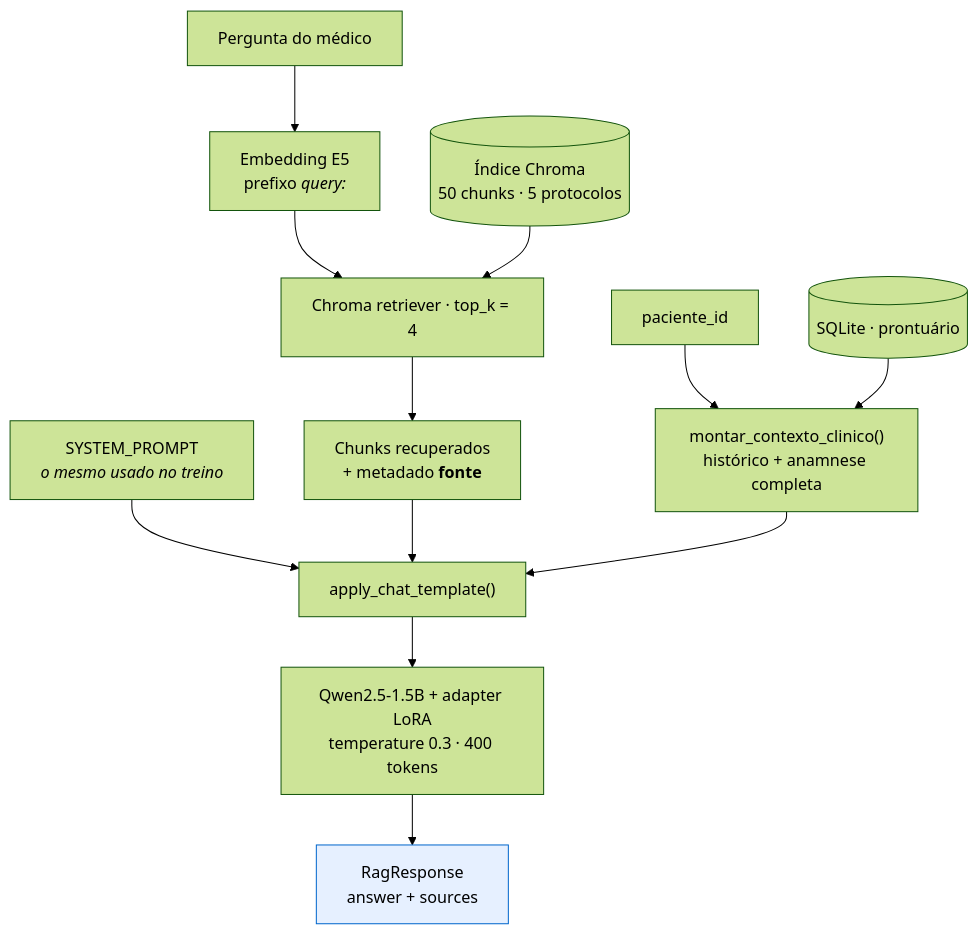
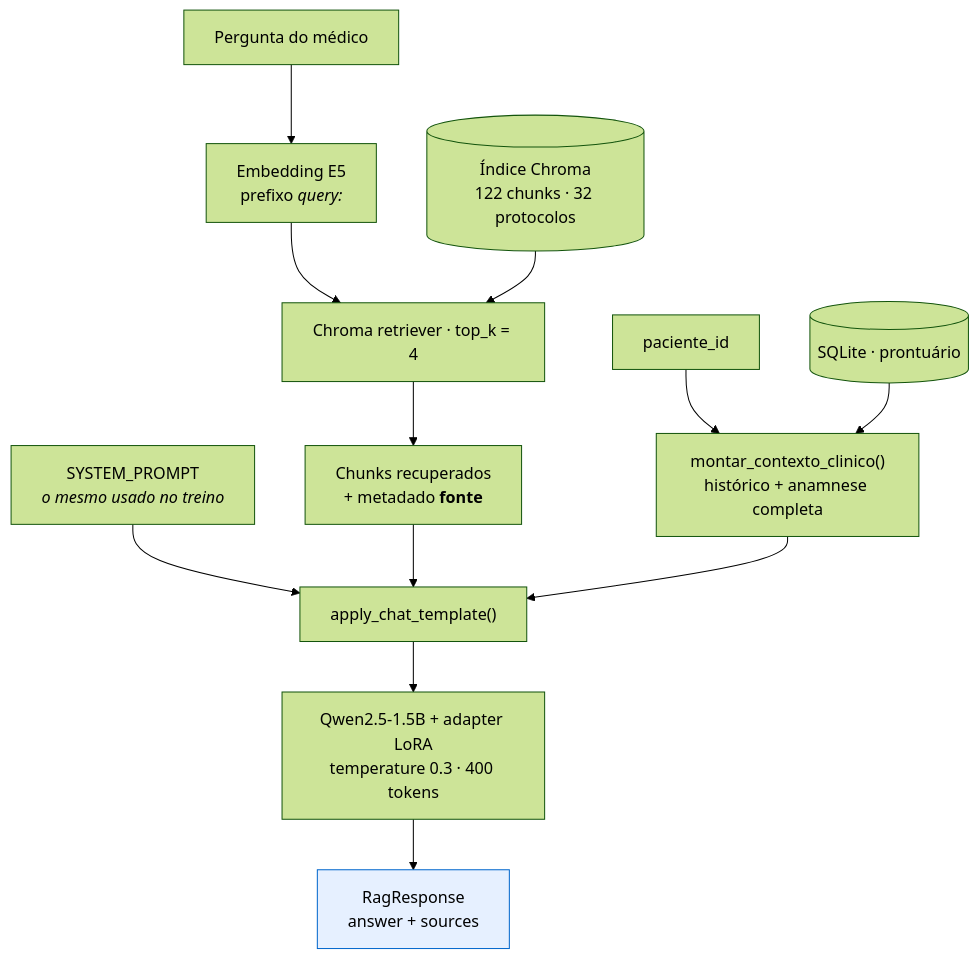
Before and after one commit to bschoola/AI-TechChallenge-Step3: the fourth of 5 diagrams in RELATORIO_TECNICO.md, drawn with Mermaid (forest theme). The commit also changed other lines of this file and 137 other files, not shown here.

````diff
--- a/RELATORIO_TECNICO.md
+++ b/RELATORIO_TECNICO.md
@@ -331,19 +372,19 @@
 ```mermaid
 flowchart TD
     Q["Pergunta do médico"] --> EMB1["Embedding E5<br/>prefixo <i>query:</i>"]
     EMB1 --> RET["Chroma retriever · top_k = 4"]
-    IDX[("Índice Chroma<br/>50 chunks · 5 protocolos")] --> RET
+    IDX[("Índice Chroma<br/>122 chunks · 32 protocolos")] --> RET
     RET --> DOCS["Chunks recuperados<br/>+ metadado <b>fonte</b>"]
 
     PID["paciente_id"] --> TOOL["montar_contexto_clinico()<br/>histórico + anamnese completa"]
     DB[("SQLite · prontuário")] --> TOOL
 
     SP["SYSTEM_PROMPT<br/><i>o mesmo usado no treino</i>"] --> PROMPT
     DOCS --> PROMPT["apply_chat_template()"]
     TOOL --> PROMPT
 
     PROMPT --> LLM["Qwen2.5-1.5B + adapter LoRA<br/>temperature 0.3 · 400 tokens"]
     LLM --> RESP["RagResponse<br/>answer + sources"]
 
     style RESP fill:#e6f0ff,stroke:#06c
 ```
````
